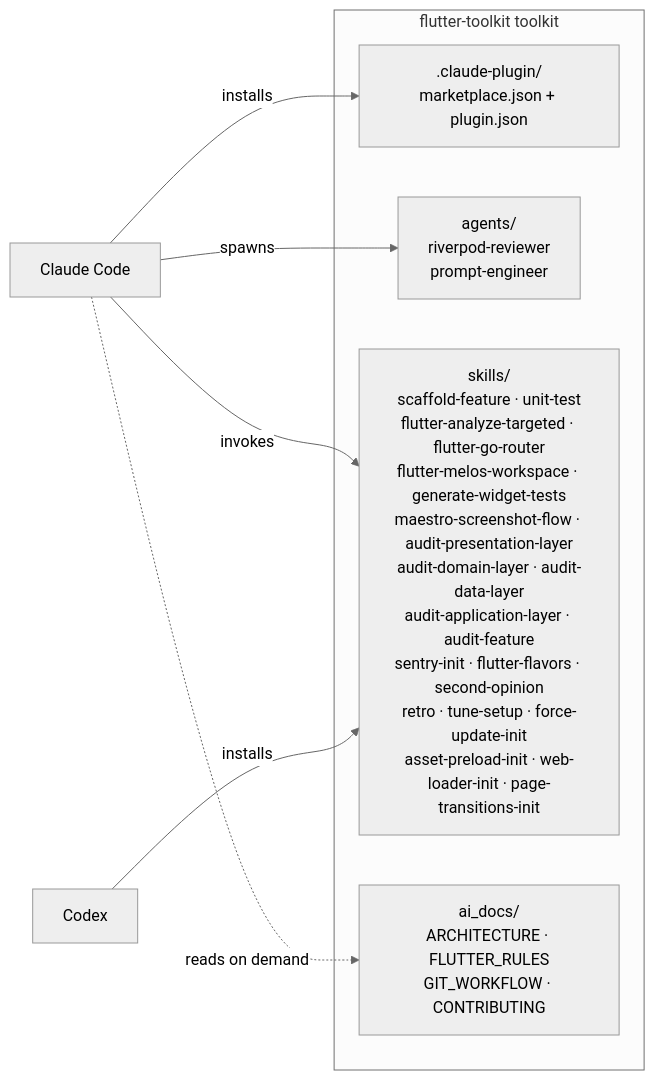
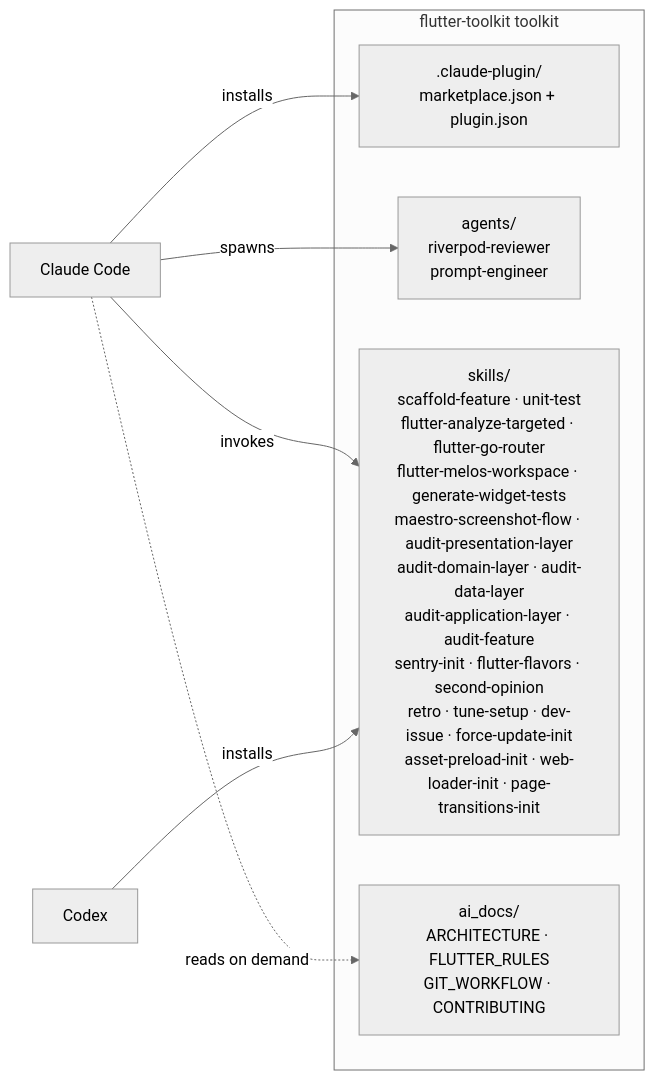
The diagram in ai_docs/ARCHITECTURE.md (iamantoniodinuzzo/flutter-toolkit), drawn with Mermaid (neutral theme) before and after one commit. The commit also changed other lines of this file and 9 other files, not shown here.

Commit message:
feat(dev-issue): port dev-issue skill, project-agnostic with per-project profile (ref #40) (ref #40)

````diff
--- a/ai_docs/ARCHITECTURE.md
+++ b/ai_docs/ARCHITECTURE.md
@@ -22,19 +22,19 @@
 ```mermaid
 flowchart LR
     subgraph Repo["flutter-toolkit toolkit"]
         plugin[".claude-plugin/\nmarketplace.json + plugin.json"]
         agents["agents/\nriverpod-reviewer\nprompt-engineer"]
-        skills["skills/\nscaffold-feature · unit-test\nflutter-analyze-targeted · flutter-go-router\nflutter-melos-workspace · generate-widget-tests\nmaestro-screenshot-flow · audit-presentation-layer\naudit-domain-layer · audit-data-layer\naudit-application-layer · audit-feature\nsentry-init · flutter-flavors · second-opinion\nretro · tune-setup · force-update-init
+        skills["skills/\nscaffold-feature · unit-test\nflutter-analyze-targeted · flutter-go-router\nflutter-melos-workspace · generate-widget-tests\nmaestro-screenshot-flow · audit-presentation-layer\naudit-domain-layer · audit-data-layer\naudit-application-layer · audit-feature\nsentry-init · flutter-flavors · second-opinion\nretro · tune-setup · dev-issue · force-update-init
 asset-preload-init · web-loader-init · page-transitions-init"]
         aidocs["ai_docs/\nARCHITECTURE · FLUTTER_RULES\nGIT_WORKFLOW · CONTRIBUTING"]
     end
 
     cc[Claude Code]
     codex[Codex]
     codex -->|installs| skills
 
     cc -->|installs| plugin
     cc -->|invokes| skills
     cc -->|spawns| agents
     cc -.->|reads on demand| aidocs
 ```
````
